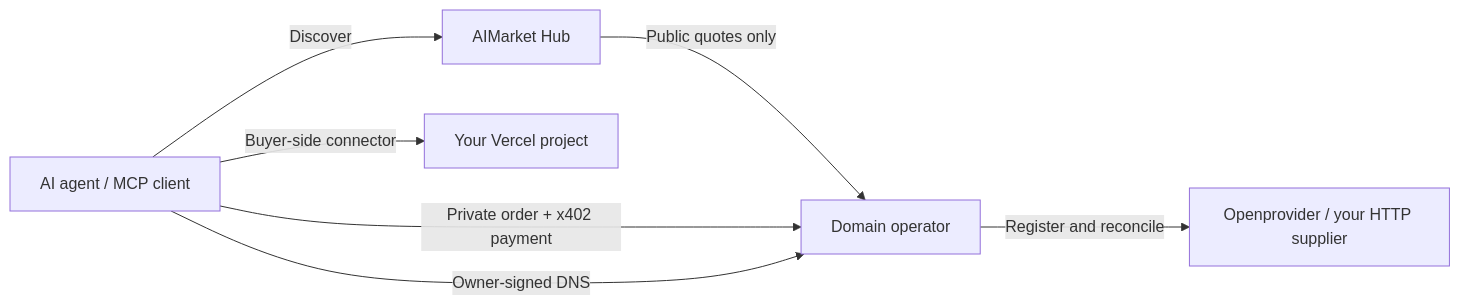
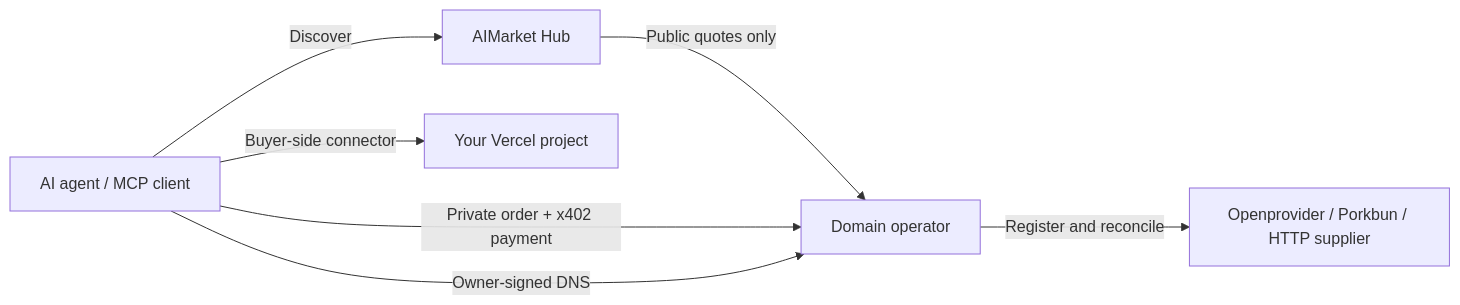
The diagram in README.md (alexar76/domain-operator-kit), drawn with Mermaid before and after one commit. The commit also changed other lines of this file and 17 other files, not shown here.

````diff
--- a/README.md
+++ b/README.md
@@ -51,9 +51,9 @@
 ```mermaid
 flowchart LR
   Agent["AI agent / MCP client"] -->|Discover| Hub["AIMarket Hub"]
   Hub -->|Public quotes only| Seller["Domain operator"]
   Agent -->|Private order + x402 payment| Seller
-  Seller -->|Register and reconcile| Provider["Openprovider / your HTTP supplier"]
+  Seller -->|Register and reconcile| Provider["Openprovider / Porkbun / HTTP supplier"]
   Agent -->|Owner-signed DNS| Seller
   Agent -->|Buyer-side connector| Vercel["Your Vercel project"]
 ```
````
